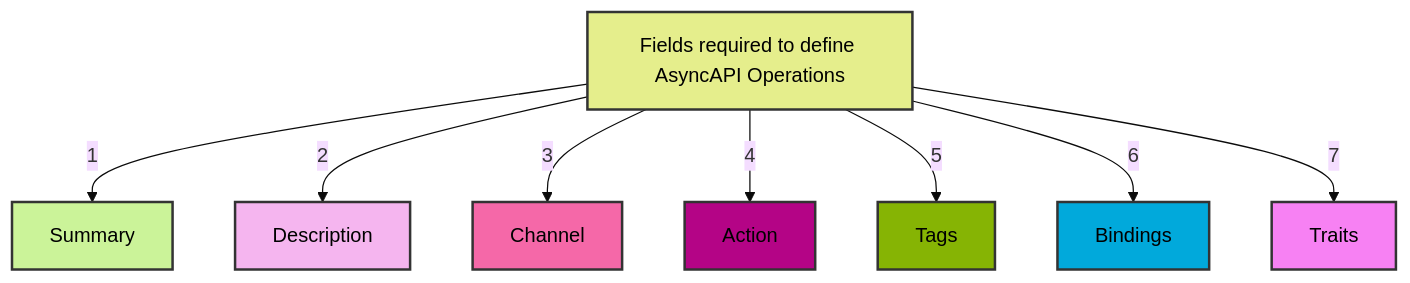
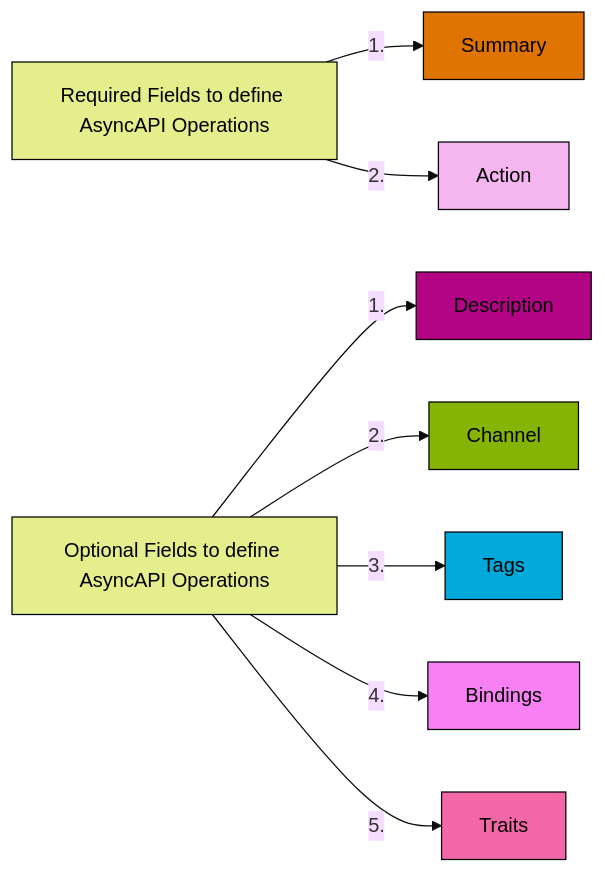
Before and after one commit to asyncapi/website: the diagram in pages/docs/concepts/asyncapi-document/adding-operations.md, drawn with Mermaid (base theme).

Commit message:
aligned mermaid diagram code with other writers

````diff
--- a/pages/docs/concepts/asyncapi-document/adding-operations.md
+++ b/pages/docs/concepts/asyncapi-document/adding-operations.md
@@ -23,23 +23,33 @@
 ```mermaid
-flowchart TD
-style A fill:#E5EE8C,stroke:#333,stroke-width:2px
-style B fill:#CBF399,stroke:#333,stroke-width:2px
-style C fill:#F5B5EF,stroke:#333,stroke-width:2px
-style D fill:#F568A8,stroke:#333,stroke-width:2px
+graph LR
+A[Required Fields to define AsyncAPI Operations]
+B[Summary]
+C[Action]
+D[Optional Fields to define AsyncAPI Operations]
+E[Description]
+F[Channel]
+G[Tags]
+H[Bindings]
+I[Traits]
 
-style E fill:#B40486,stroke:#333,stroke-width:2px
-style F fill:#86B404,stroke:#333,stroke-width:2px
-style G fill:#01A9DB,stroke:#333,stroke-width:2px
-style H fill:#F781F3,stroke:#333,stroke-width:2px
+A -->|1.| B
+A -->|2.| C
+D --> |1.| E
+D --> |2.| F
+D --> |3.| G
+D --> |4.| H
+D --> |5.| I
 
-  A[Fields required to define AsyncAPI Operations] -->|1| B[Summary]
-  A -->|2| C[Description]
-  A -->|3| D[Channel]
-  A -->|4| E[Action]
-  A -->|5| F[Tags]
-  A -->|6| G[Bindings]
-  A -->|7| H[Traits]
+style A fill:#E5EE8C,stroke:#000
+style B fill:#DF7401,stroke:#000
+style C fill:#F5B5EF,stroke:#000
+style D fill:#E5EE8C,stroke:#000
+style E fill:#B40486,stroke:#000
+style F fill:#86B404,stroke:#000
+style G fill:#01A9DB,stroke:#000
+style H fill:#F781F3,stroke:#000
+style I fill:#F568A8,stroke:#000
 
 classDef labelStyle color:#000000;
-    class A,B,C,D,E,F,G,H labelStyle;
+    class A,B,C,D,E,F,G,H,I labelStyle;
 ```
````
